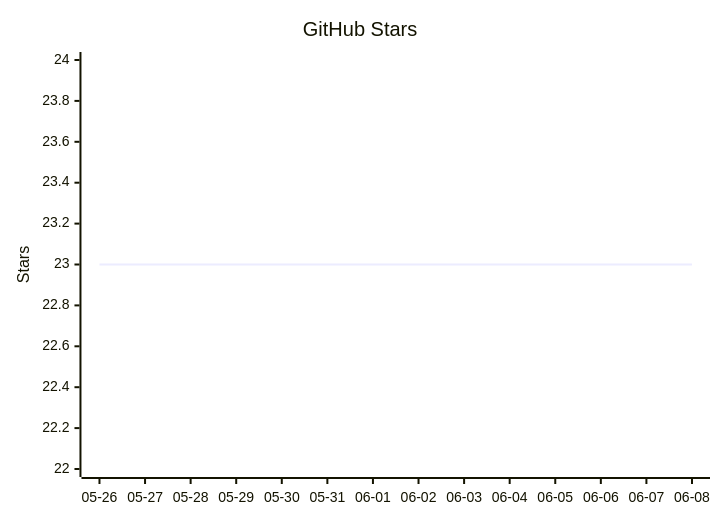
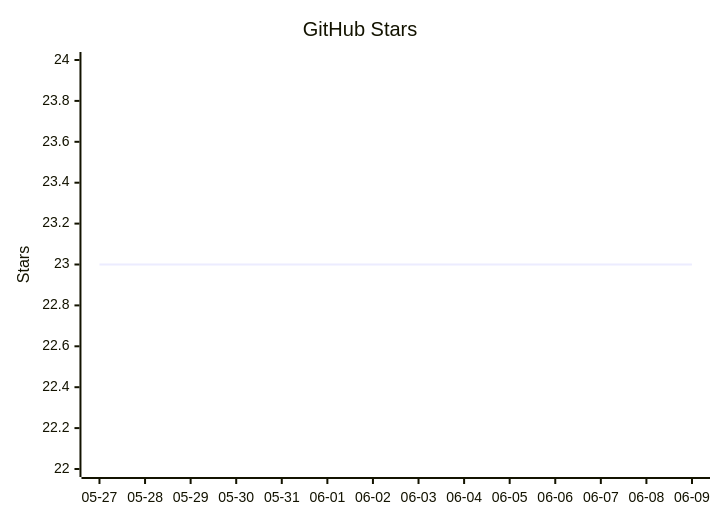
One commit to vectie/moonclaw changed the diagram in README.mbt.md. Above: the diagram before and after it, drawn with Mermaid. The commit also changed other lines of this file and 1 other file, not shown here.

Commit message:
Update README star growth

````diff
--- a/README.mbt.md
+++ b/README.mbt.md
@@ -490,7 +490,7 @@
 ```mermaid
 xychart-beta
     title "GitHub Stars"
-    x-axis ["05-26","05-27","05-28","05-29","05-30","05-31","06-01","06-02","06-03","06-04","06-05","06-06","06-07","06-08"]
+    x-axis ["05-27","05-28","05-29","05-30","05-31","06-01","06-02","06-03","06-04","06-05","06-06","06-07","06-08","06-09"]
     y-axis "Stars" 22 --> 24
     line [23,23,23,23,23,23,23,23,23,23,23,23,23,23]
 ```
````
